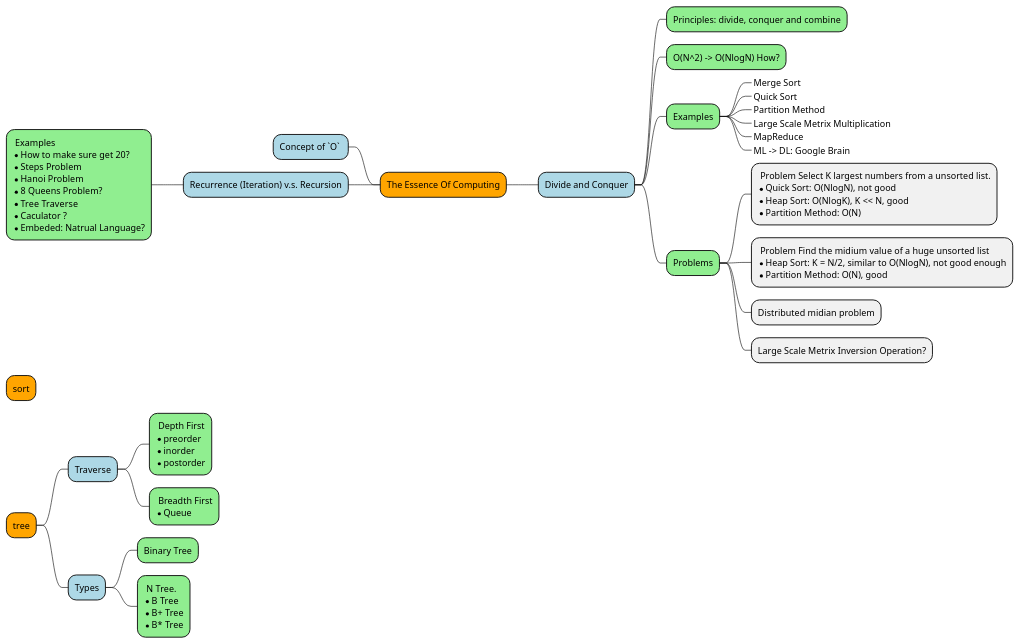
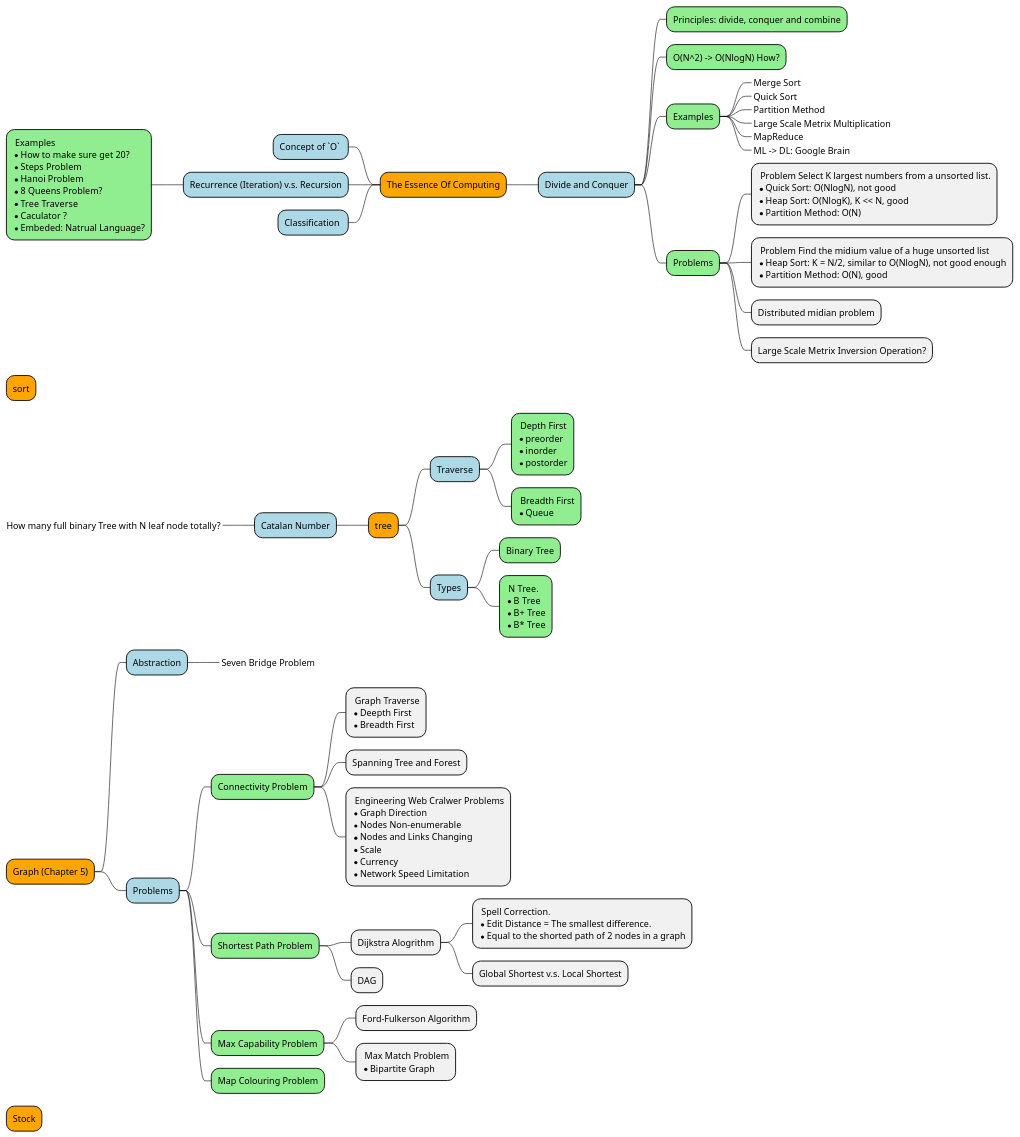
Before and after one commit to brofu/brofu.github.io: the diagram in 04-good_readings/02-tech_related/01-计算之魂.md, drawn with PlantUML.

Commit message:
add the content of graph

````diff
--- a/04-good_readings/02-tech_related/01-计算之魂.md
+++ b/04-good_readings/02-tech_related/01-计算之魂.md
@@ -31,6 +31,7 @@
 **** Large Scale Metrix Inversion Operation?
 
 left side
+
 **[#lightblue] Recurrence (Iteration) v.s. Recursion
 ***[#lightgreen]: Examples
 * How to make sure get 20?
@@ -41,10 +42,14 @@
 * Caculator ?
 * Embeded: Natrual Language?;
 
+**[#lightblue] Classification 
+
 +[#orange] sort
 
 +[#orange] tree
+
 right side
+
 **[#lightblue] Traverse
 ***[#lightgreen]: Depth First
 *   preorder
@@ -60,6 +65,46 @@
 *   B+ Tree
 *   B* Tree;
 
+left side
+**[#lightblue] Catalan Number
+***_ How many full binary Tree with N leaf node totally?
+
++[#orange] Graph (Chapter 5)
+right side
+**[#lightblue] Abstraction
+***_ Seven Bridge Problem
+**[#lightblue] Problems
+***[#lightgreen] Connectivity Problem
+****: Graph Traverse
+* Deepth First
+* Breadth First;
+**** Spanning Tree and Forest
+****: Engineering Web Cralwer Problems
+* Graph Direction
+* Nodes Non-enumerable
+* Nodes and Links Changing
+* Scale
+* Currency 
+* Network Speed Limitation;
+
+***[#lightgreen] Shortest Path Problem
+**** Dijkstra Alogrithm
+*****: Spell Correction. 
+* Edit Distance = The smallest difference.
+* Equal to the shorted path of 2 nodes in a graph;
+***** Global Shortest v.s. Local Shortest
+**** DAG
+
+***[#lightgreen] Max Capability Problem
+**** Ford-Fulkerson Algorithm
+****: Max Match Problem
+* Bipartite Graph;
+
+***[#lightgreen] Map Colouring Problem
+
+
++[#orange] Stock
+
 @endmindmap
 
 ```
````
